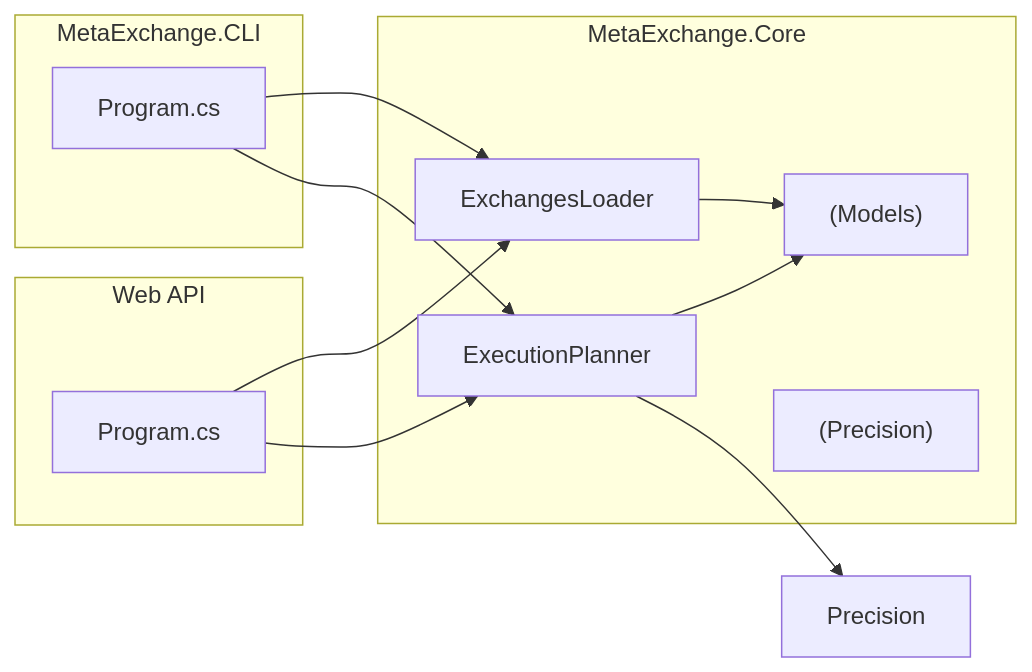
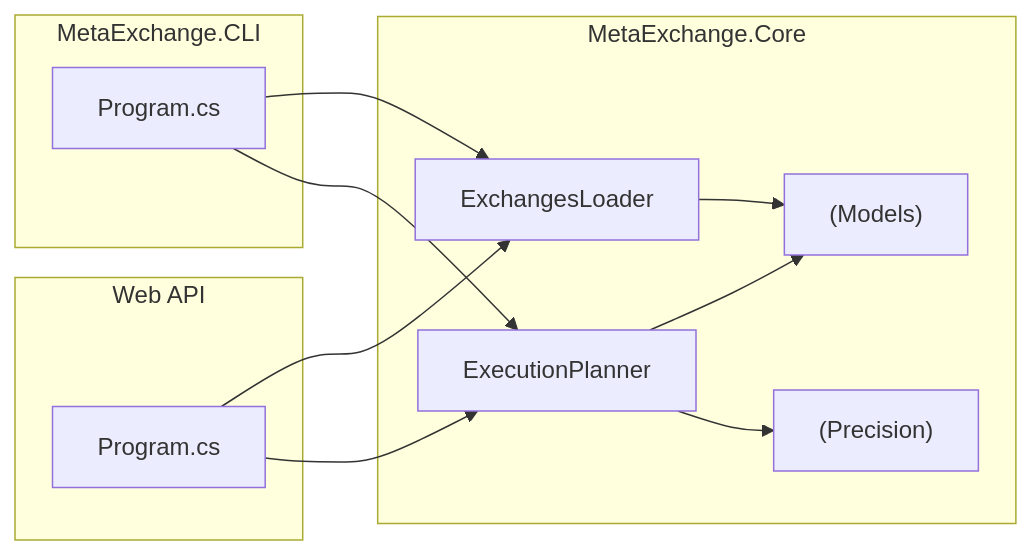
The first of 4 diagrams in README.md (handyana-adesso/MetaExchanges), drawn with Mermaid before and after one commit.

````diff
--- a/README.md
+++ b/README.md
@@ -192,27 +192,27 @@
 ```mermaid
 flowchart LR
 	subgraph CLI[MetaExchange.CLI]
 		CLIProgram[Program.cs]
 	end
 
 	subgraph API[Web API]
 		APIProgram[Program.cs]
 	end
 
 	subgraph Core[MetaExchange.Core]
 		Planner[ExecutionPlanner]
 		Loader[ExchangesLoader]
 		Models["(Models)"]
-		Precisions["(Precision)"]
+		Precision["(Precision)"]
 	end
 
 	CLIProgram --> Loader
 	CLIProgram --> Planner
 
 	APIProgram --> Loader
 	APIProgram --> Planner
 
 	Planner --> Models
 	Planner --> Precision
 	Loader --> Models
 ```
````
